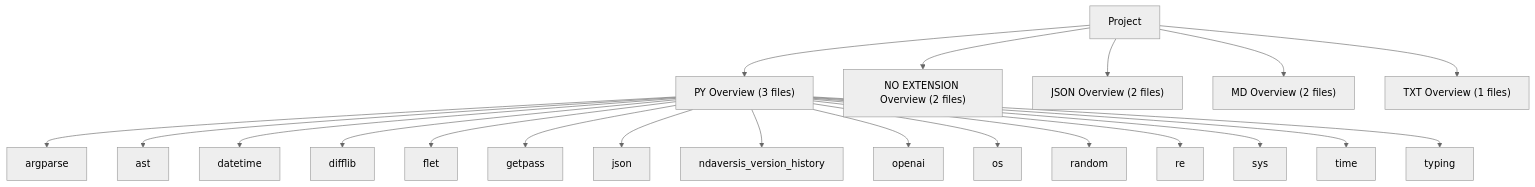
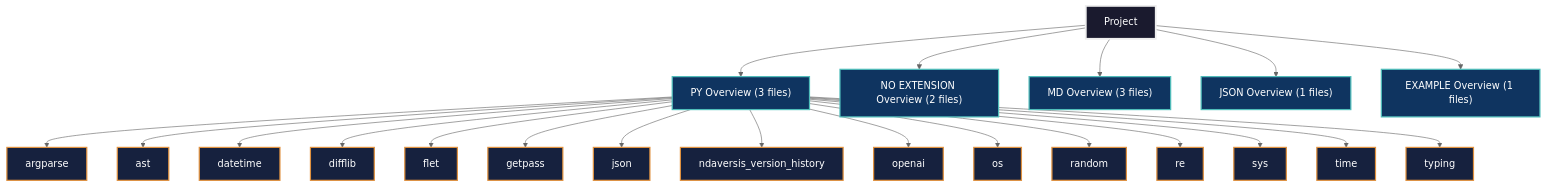
Before and after one commit to lystwork/ndaversis: the fourth of 9 diagrams in readme.md, drawn with Mermaid (neutral theme). The commit also changed other lines of this file and 4 other files, not shown here.

````diff
--- a/readme.md
+++ b/readme.md
@@ -308,23 +375,51 @@
 ```mermaid
 graph TD
     Project --> lang_PY["PY Overview (3 files)"]
     lang_PY --> dep_argparse["argparse"]
     lang_PY --> dep_ast["ast"]
     lang_PY --> dep_datetime["datetime"]
     lang_PY --> dep_difflib["difflib"]
     lang_PY --> dep_flet["flet"]
     lang_PY --> dep_getpass["getpass"]
     lang_PY --> dep_json["json"]
     lang_PY --> dep_ndaversis_version_history["ndaversis_version_history"]
     lang_PY --> dep_openai["openai"]
     lang_PY --> dep_os["os"]
     lang_PY --> dep_random["random"]
     lang_PY --> dep_re["re"]
     lang_PY --> dep_sys["sys"]
     lang_PY --> dep_time["time"]
     lang_PY --> dep_typing["typing"]
     Project --> lang_NO_EXTENSION["NO EXTENSION Overview (2 files)"]
-    Project --> lang_JSON["JSON Overview (2 files)"]
-    Project --> lang_MD["MD Overview (2 files)"]
-    Project --> lang_TXT["TXT Overview (1 files)"]
+    Project --> lang_MD["MD Overview (3 files)"]
+    Project --> lang_JSON["JSON Overview (1 files)"]
+    Project --> lang_EXAMPLE["EXAMPLE Overview (1 files)"]
+
+%% Dark mode styling
+classDef projectNode fill:#1a1a2e,stroke:#eee,stroke-width:3px,color:#fff
+classDef langNode fill:#0f3460,stroke:#4fbdba,stroke-width:2px,color:#fff
+classDef depNode fill:#16213e,stroke:#e0913f,stroke-width:2px,color:#fff
+classDef stdLibNode fill:#2d033b,stroke:#4caf50,stroke-width:2px,color:#fff
+
+class Project projectNode
+class lang_PY langNode
+class dep_argparse depNode
+class dep_ast depNode
+class dep_datetime depNode
+class dep_difflib depNode
+class dep_flet depNode
+class dep_getpass depNode
+class dep_json depNode
+class dep_ndaversis_version_history depNode
+class dep_openai depNode
+class dep_os depNode
+class dep_random depNode
+class dep_re depNode
+class dep_sys depNode
+class dep_time depNode
+class dep_typing depNode
+class lang_NO_EXTENSION langNode
+class lang_MD langNode
+class lang_JSON langNode
+class lang_EXAMPLE langNode
 ```
````
